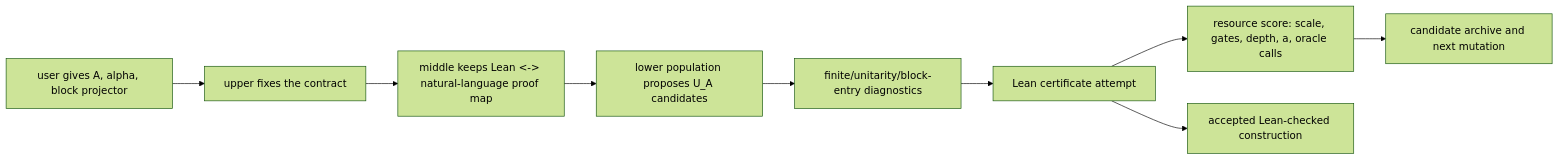
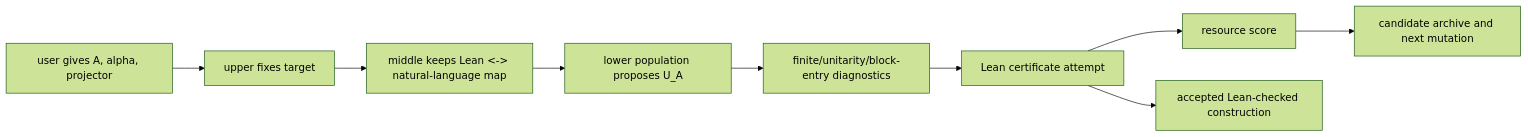
One commit to DakeBU/Quantum-Computing-Block-Encoding changed the first of 2 diagrams in README.md. Above: the diagram before and after it, drawn with Mermaid (forest theme). The commit also changed other lines of this file, not shown here.

````diff
--- a/README.md
+++ b/README.md
@@ -46,11 +39,11 @@
 ```mermaid
 flowchart LR
-  A["user gives A, alpha, block projector"] --> B["upper fixes the contract"]
-  B --> C["middle keeps Lean <-> natural-language proof map"]
-  C --> D["lower population proposes U_A candidates"]
+  A["user gives A, alpha, projector"] --> B["upper fixes target"]
+  B --> C["middle keeps Lean <-> natural-language map"]
+  C --> D["lower population proposes U_A"]
   D --> E["finite/unitarity/block-entry diagnostics"]
   E --> F["Lean certificate attempt"]
-  F --> G["resource score: scale, gates, depth, a, oracle calls"]
+  F --> G["resource score"]
   G --> H["candidate archive and next mutation"]
   F --> I["accepted Lean-checked construction"]
 ```
````
